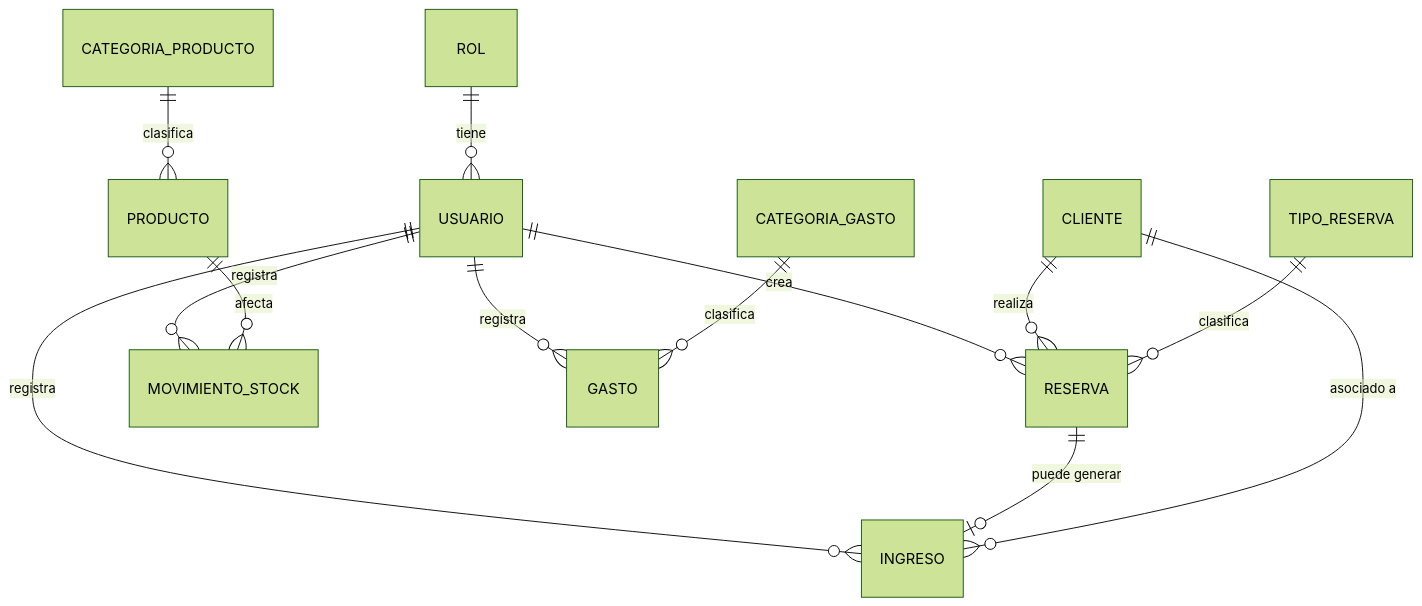
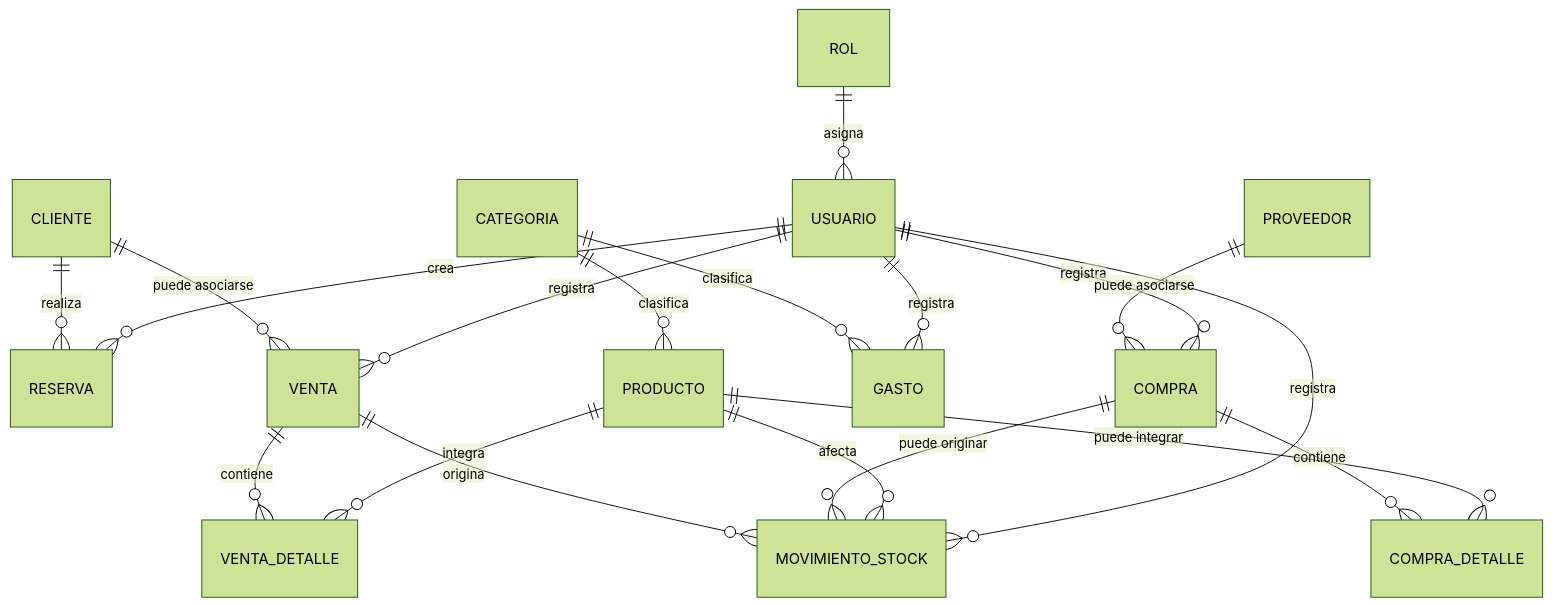
Before and after one commit to gonzalezlg/crm-bodega: the diagram in docs/planificacion-crm-bodega.md, drawn with Mermaid (forest theme). The commit also changed other lines of this file and 1 other file, not shown here.

Commit message:
docs: actualizar planificación y roadmap del CRM

````diff
--- a/docs/planificacion-crm-bodega.md
+++ b/docs/planificacion-crm-bodega.md
@@ -279,15 +815,21 @@
 ```mermaid
 erDiagram
-    ROL ||--o{ USUARIO : tiene
+    ROL ||--o{ USUARIO : asigna
     USUARIO ||--o{ RESERVA : crea
+    USUARIO ||--o{ COMPRA : registra
+    USUARIO ||--o{ VENTA : registra
+    USUARIO ||--o{ GASTO : registra
     USUARIO ||--o{ MOVIMIENTO_STOCK : registra
-    USUARIO ||--o{ GASTO : registra
-    USUARIO ||--o{ INGRESO : registra
     CLIENTE ||--o{ RESERVA : realiza
-    TIPO_RESERVA ||--o{ RESERVA : clasifica
-    RESERVA ||--o| INGRESO : "puede generar"
-    CATEGORIA_PRODUCTO ||--o{ PRODUCTO : clasifica
+    CLIENTE ||--o{ VENTA : "puede asociarse"
+    CATEGORIA ||--o{ PRODUCTO : clasifica
+    CATEGORIA ||--o{ GASTO : clasifica
+    PRODUCTO ||--o{ COMPRA_DETALLE : "puede integrar"
+    PRODUCTO ||--o{ VENTA_DETALLE : integra
     PRODUCTO ||--o{ MOVIMIENTO_STOCK : afecta
-    CATEGORIA_GASTO ||--o{ GASTO : clasifica
-    CLIENTE ||--o{ INGRESO : "asociado a"
+    PROVEEDOR ||--o{ COMPRA : "puede asociarse"
+    COMPRA ||--o{ COMPRA_DETALLE : contiene
+    COMPRA ||--o{ MOVIMIENTO_STOCK : "puede originar"
+    VENTA ||--o{ VENTA_DETALLE : contiene
+    VENTA ||--o{ MOVIMIENTO_STOCK : origina
 ```
````
